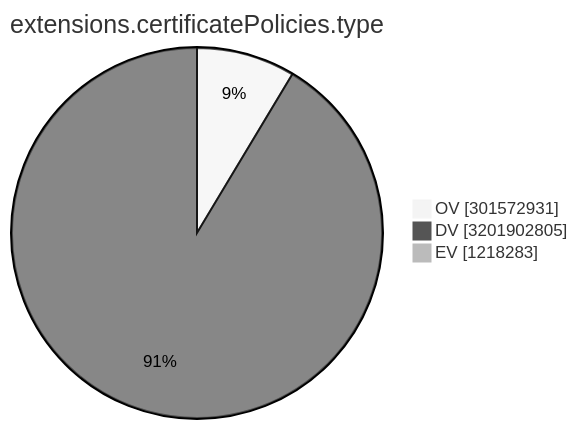
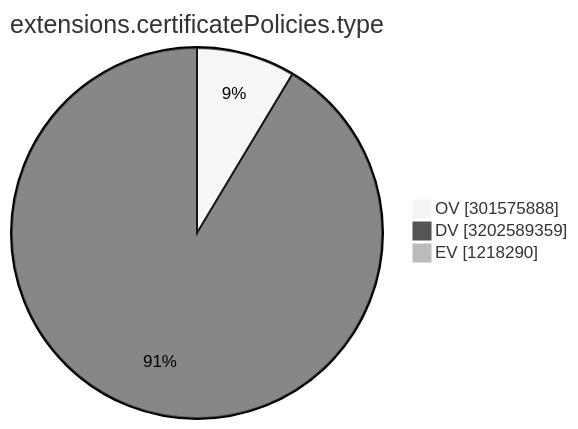
One commit to christiankrug/ctmonitor_visualization changed the ninth of 15 diagrams in TOTAL/README.md. Above: the diagram before and after it, drawn with Mermaid (neutral theme). The commit also changed other lines of this file, not shown here.

````diff
--- a/TOTAL/README.md
+++ b/TOTAL/README.md
@@ -3106,7 +3106,7 @@
 ```mermaid
 pie showData
 title extensions.certificatePolicies.type
-"OV" :301572931
-"DV" :3201902805
-"EV" :1218283
+"OV" :301575888
+"DV" :3202589359
+"EV" :1218290
 ```
````
